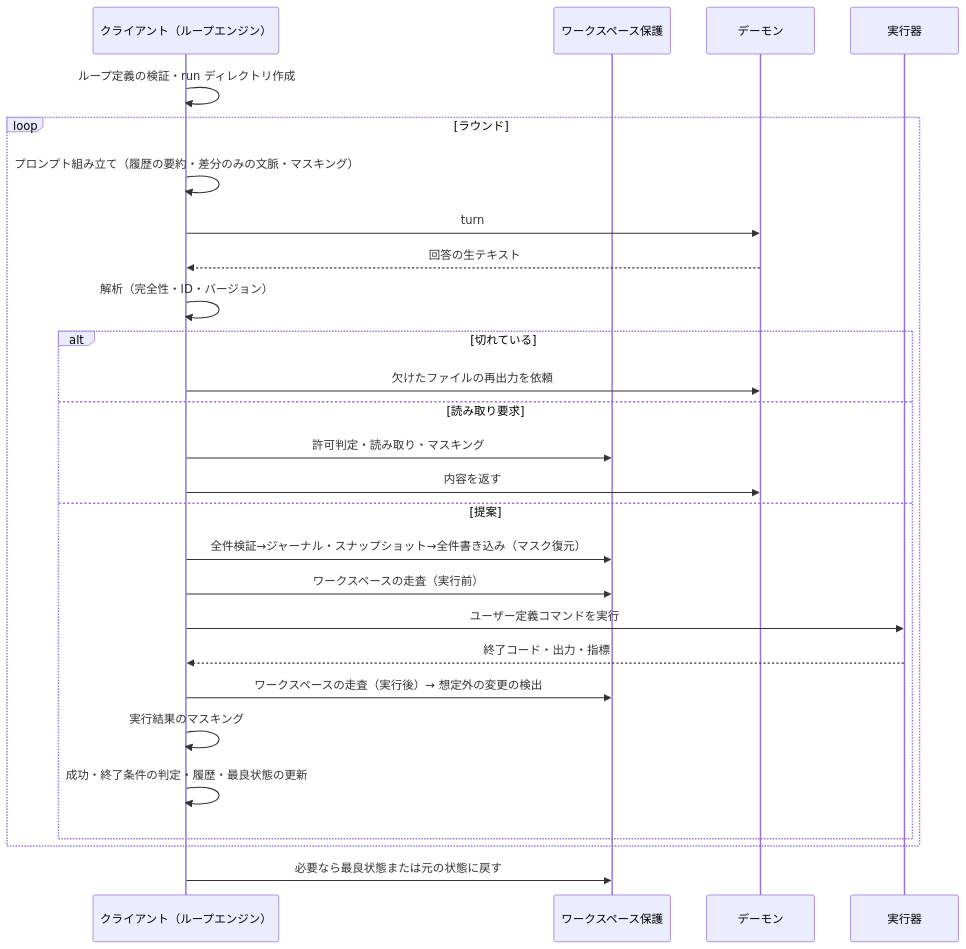
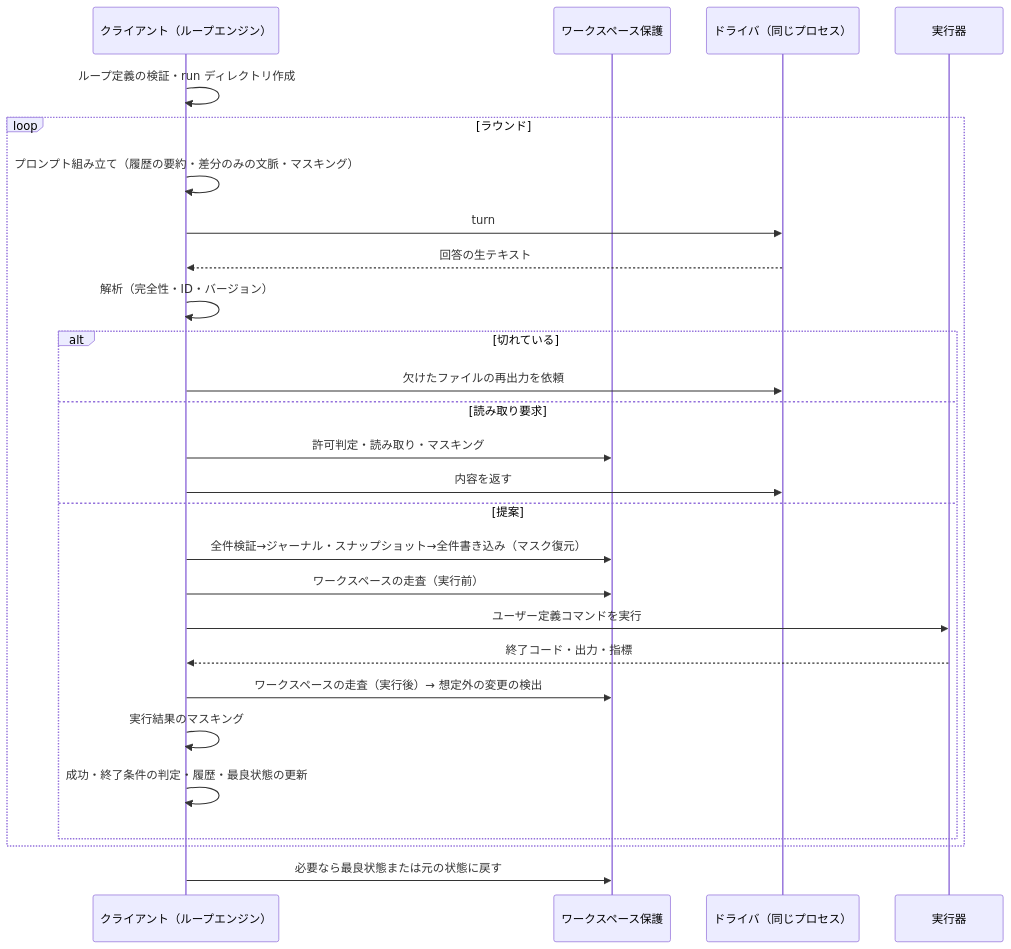
Before and after one commit to ip-sandbox/llmc: the third of 3 diagrams in docs/architecture.md, drawn with Mermaid. The commit also changed other lines of this file and 11 other files, not shown here.

Commit message:
docs: v1 はデーモンを作らない（plan 前提 19）。同時に動く llmc は 1 つだけ（ミューテックスで 2 つ目を断る）、入口は llmc の 1 つ（引数なしで対話のセッション、サブコマンドで単発）。spec-daemon を spec-runtime に書き換え、デーモンの案は付録 A に残した。RDP では使わない（前提 20）。requirements・architecture・関連の仕様書と PoC-8 の手順を合わせた

````diff
--- a/docs/architecture.md
+++ b/docs/architecture.md
@@ -128,29 +114,29 @@
 ```mermaid
 sequenceDiagram
   participant C as クライアント（ループエンジン）
   participant W as ワークスペース保護
-  participant D as デーモン
+  participant D as ドライバ（同じプロセス）
   participant X as 実行器
   C->>C: ループ定義の検証・run ディレクトリ作成
   loop ラウンド
     C->>C: プロンプト組み立て（履歴の要約・差分のみの文脈・マスキング）
     C->>D: turn
     D-->>C: 回答の生テキスト
     C->>C: 解析（完全性・ID・バージョン）
     alt 切れている
       C->>D: 欠けたファイルの再出力を依頼
     else 読み取り要求
       C->>W: 許可判定・読み取り・マスキング
       C->>D: 内容を返す
     else 提案
       C->>W: 全件検証→ジャーナル・スナップショット→全件書き込み（マスク復元）
       C->>W: ワークスペースの走査（実行前）
       C->>X: ユーザー定義コマンドを実行
       X-->>C: 終了コード・出力・指標
       C->>W: ワークスペースの走査（実行後）→ 想定外の変更の検出
       C->>C: 実行結果のマスキング
       C->>C: 成功・終了条件の判定・履歴・最良状態の更新
     end
   end
   C->>W: 必要なら最良状態または元の状態に戻す
 ```
````
